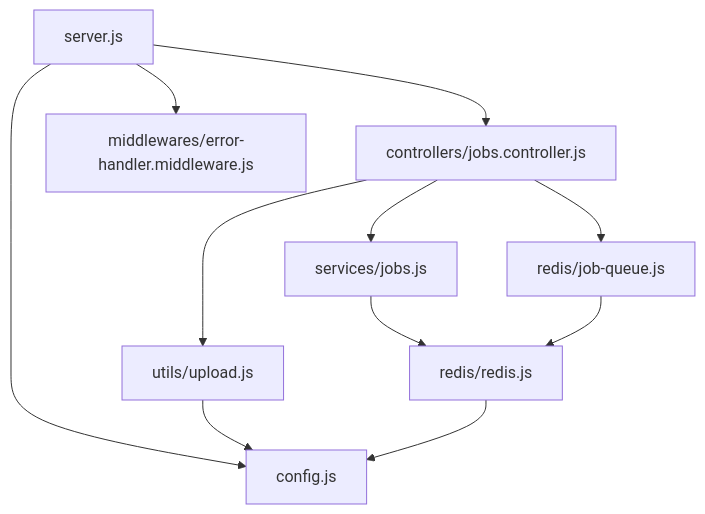
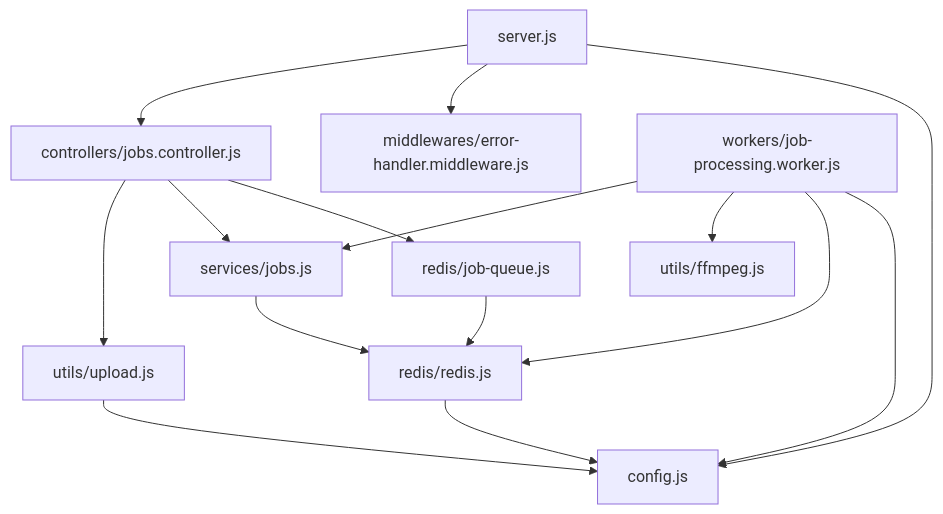
One commit to yahyalfc/audio-transcriptor changed the sixth of 7 diagrams in README.md. Above: the diagram before and after it, drawn with Mermaid. The commit also changed other lines of this file and 10 other files, not shown here.

````diff
--- a/README.md
+++ b/README.md
@@ -178,13 +222,17 @@
 ```mermaid
 flowchart TD
     server[server.js] --> controller[controllers/jobs.controller.js]
     server --> errorHandler[middlewares/error-handler.middleware.js]
     server --> config[config.js]
     controller --> upload[utils/upload.js]
     controller --> service[services/jobs.js]
     controller --> queue[redis/job-queue.js]
     service --> redis[redis/redis.js]
     queue --> redis
     upload --> config
     redis --> config
+    worker[workers/job-processing.worker.js] --> service
+    worker --> ffmpeg[utils/ffmpeg.js]
+    worker --> redis
+    worker --> config
 ```
````
